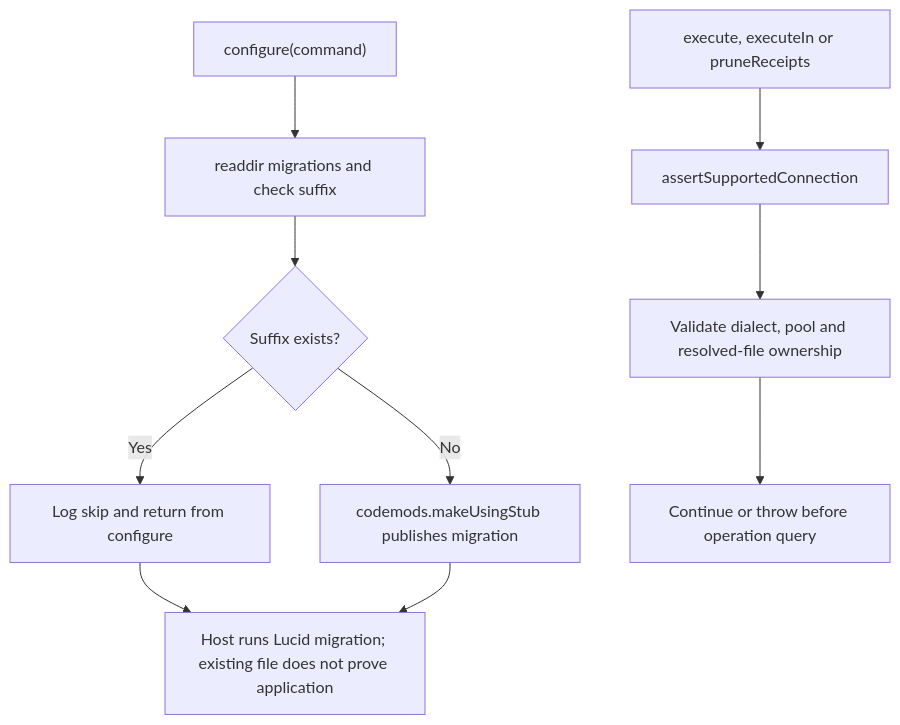
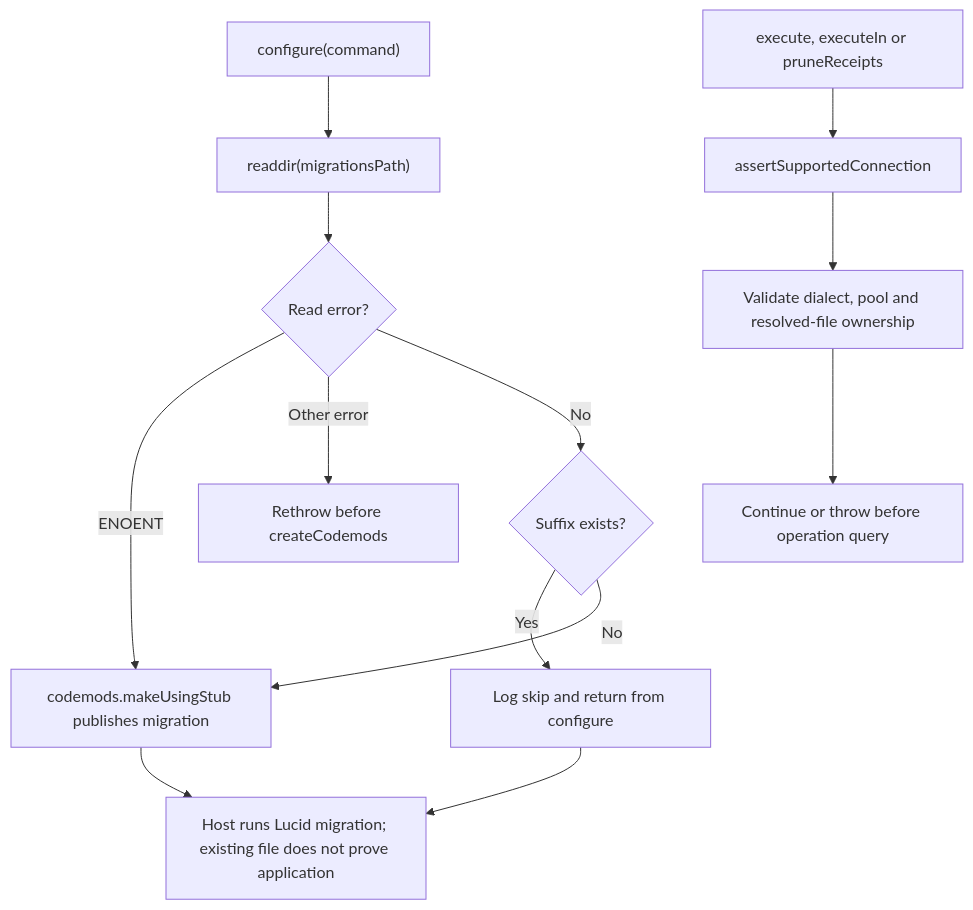
Before and after one commit to Kevinjohn/oss-adonisjs-duplicate-request-guard: the second of 2 diagrams in user-stories/US-GUARD-04-operate-receipts.md, drawn with Mermaid. The commit also changed other lines of this file and 2 other files, not shown here.

Commit message:
documentation: show configure's migrations directory failure in US-GUARD-04
Since #11, configure publishes when the migrations directory is missing
and stops before publishing on any other read error. US-GUARD-04 now
states both paths in its criteria and diagrams. GAPS.md drops a pointer
to a mismatch section removed in #8, and the catalogue baseline moves to
6ff1222.

Closes #12

````diff
--- a/user-stories/US-GUARD-04-operate-receipts.md
+++ b/user-stories/US-GUARD-04-operate-receipts.md
@@ -39,12 +44,15 @@
 ```mermaid
 flowchart TD
-    A["configure(command)"] --> B["readdir migrations and check suffix"]
-    B --> C{"Suffix exists?"}
+    A["configure(command)"] --> B["readdir(migrationsPath)"]
+    B --> R{"Read error?"}
+    R -->|ENOENT| E
+    R -->|Other error| X["Rethrow before createCodemods"]
+    R -->|No| C{"Suffix exists?"}
     C -->|Yes| D["Log skip and return from configure"]
     D --> F
     C -->|No| E["codemods.makeUsingStub publishes migration"]
     E --> F["Host runs Lucid migration; existing file does not prove application"]
     G["execute, executeIn or pruneReceipts"] --> H["assertSupportedConnection"]
     H --> I["Validate dialect, pool and resolved-file ownership"]
     I --> J["Continue or throw before operation query"]
 ```
````
